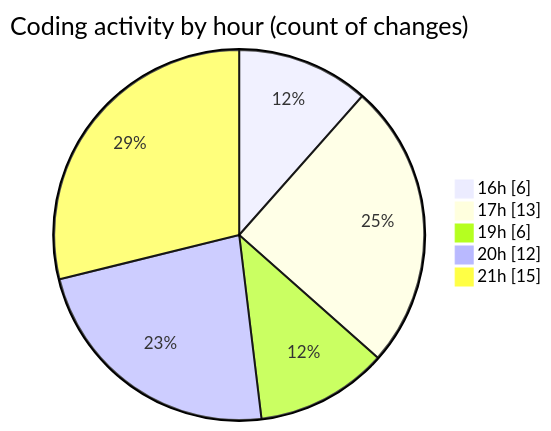
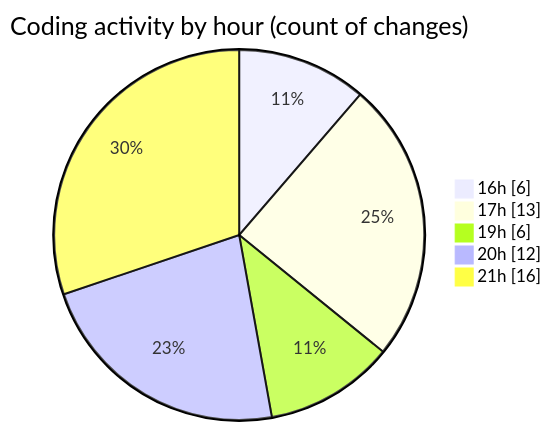
The second of 2 diagrams in 2025-06-22/studio-backend/README.md (idhammustaqopulfikri/code-tracking), drawn with Mermaid before and after one commit. The commit also changed other lines of this file and 1 other file, not shown here.

````diff
--- a/2025-06-22/studio-backend/README.md
+++ b/2025-06-22/studio-backend/README.md
@@ -37,9 +37,9 @@
 ```mermaid
 pie showData
 title Coding activity by hour (count of changes)
 "16h" : 6
 "17h" : 13
 "19h" : 6
 "20h" : 12
-"21h" : 15
+"21h" : 16
 ```
````
